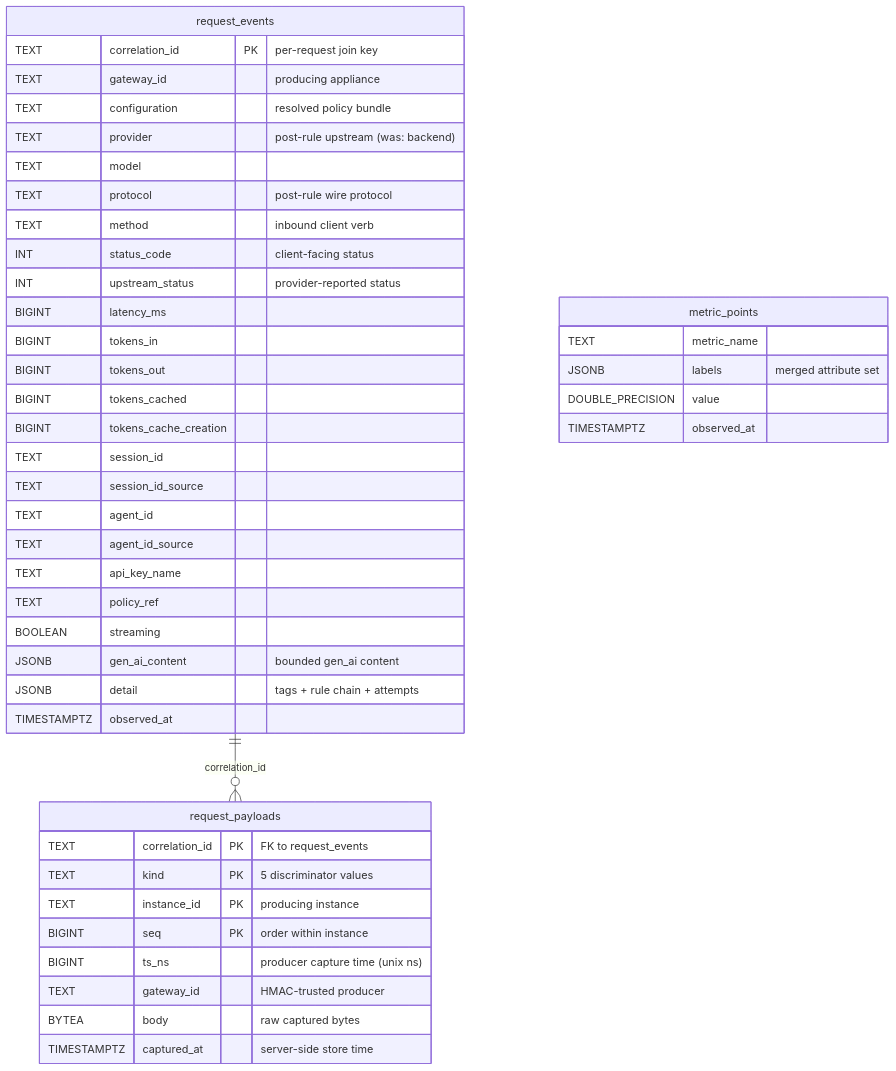
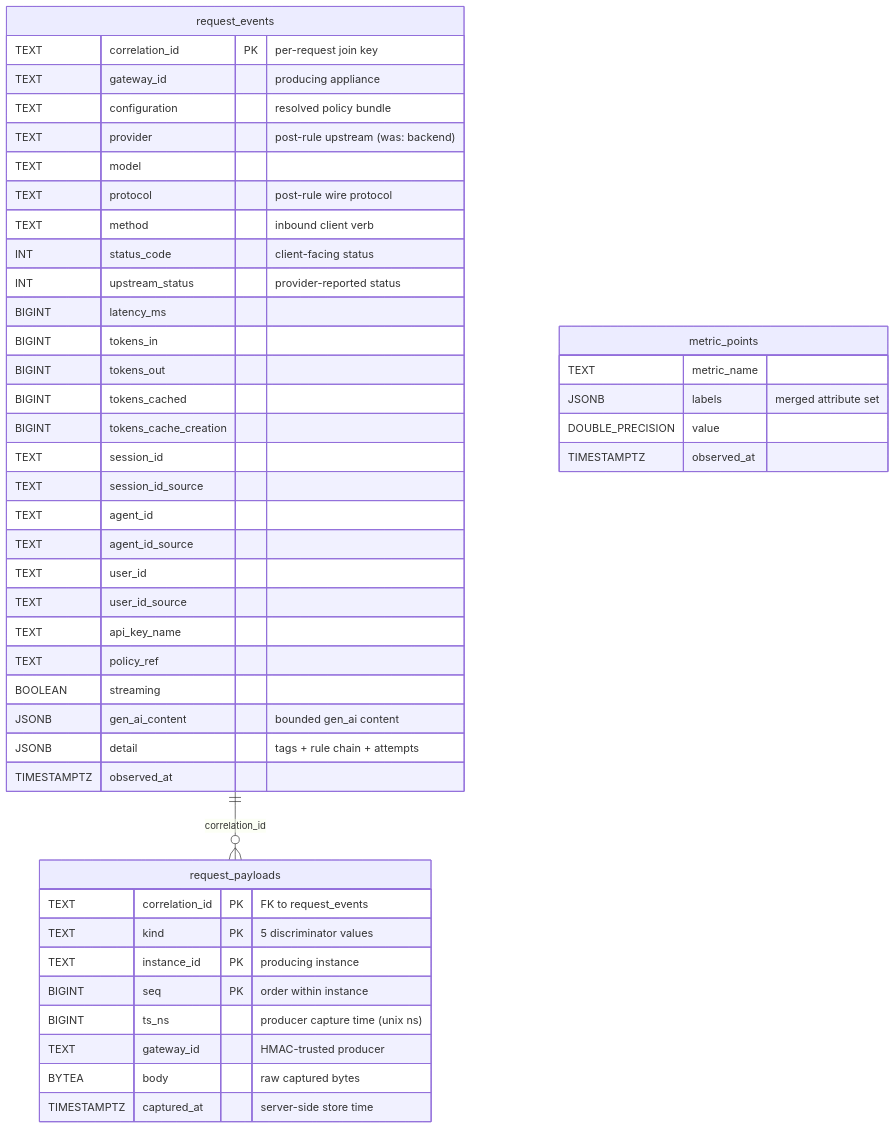
The first of 2 diagrams in docs/telemetry-database-schema.md (andyjmorgan/slipspace-gateway), drawn with Mermaid before and after one commit. The commit also changed other lines of this file and 39 other files, not shown here.

````diff
--- a/docs/telemetry-database-schema.md
+++ b/docs/telemetry-database-schema.md
@@ -36,46 +36,48 @@
 ```mermaid
 erDiagram
     request_events ||--o{ request_payloads : "correlation_id"
     request_events {
         TEXT        correlation_id PK "per-request join key"
         TEXT        gateway_id "producing appliance"
         TEXT        configuration "resolved policy bundle"
         TEXT        provider "post-rule upstream (was: backend)"
         TEXT        model
         TEXT        protocol "post-rule wire protocol"
         TEXT        method "inbound client verb"
         INT         status_code "client-facing status"
         INT         upstream_status "provider-reported status"
         BIGINT      latency_ms
         BIGINT      tokens_in
         BIGINT      tokens_out
         BIGINT      tokens_cached
         BIGINT      tokens_cache_creation
         TEXT        session_id
         TEXT        session_id_source
         TEXT        agent_id
         TEXT        agent_id_source
+        TEXT        user_id
+        TEXT        user_id_source
         TEXT        api_key_name
         TEXT        policy_ref
         BOOLEAN     streaming
         JSONB       gen_ai_content "bounded gen_ai content"
         JSONB       detail "tags + rule chain + attempts"
         TIMESTAMPTZ observed_at
     }
     request_payloads {
         TEXT        correlation_id PK "FK to request_events"
         TEXT        kind PK "5 discriminator values"
         TEXT        instance_id PK "producing instance"
         BIGINT      seq PK "order within instance"
         BIGINT      ts_ns "producer capture time (unix ns)"
         TEXT        gateway_id "HMAC-trusted producer"
         BYTEA       body "raw captured bytes"
         TIMESTAMPTZ captured_at "server-side store time"
     }
     metric_points {
         TEXT             metric_name
         JSONB            labels "merged attribute set"
         DOUBLE_PRECISION value
         TIMESTAMPTZ      observed_at
     }
 ```
````
